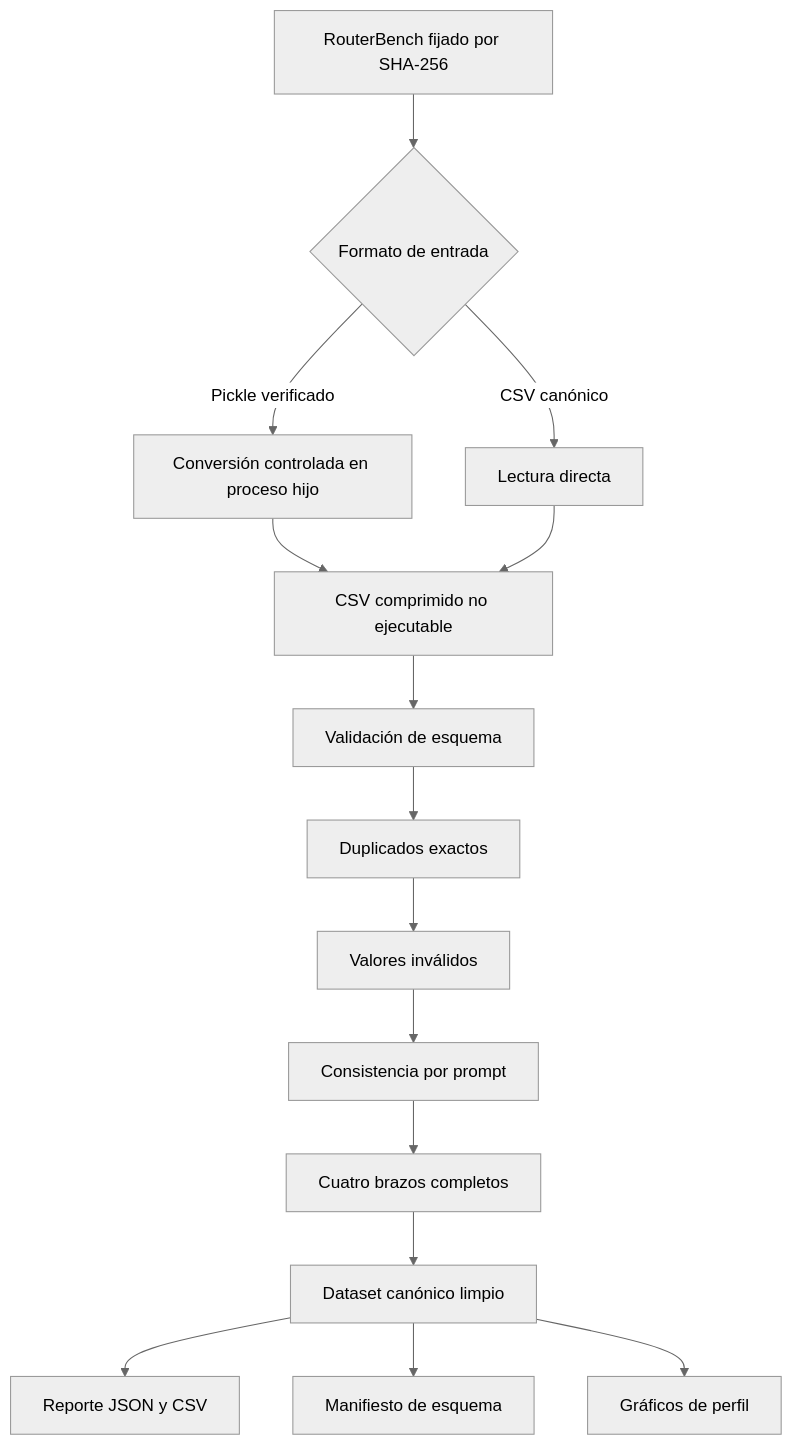
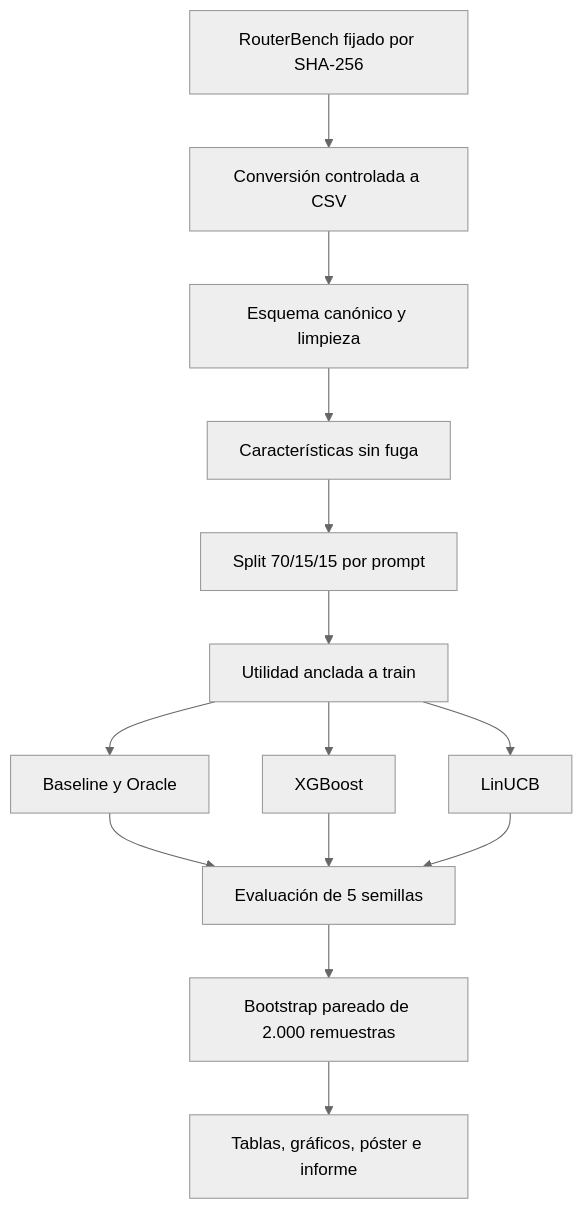
Before and after one commit to FitoFritzG/better-router-adaptive-research: the second of 2 diagrams in README.md, drawn with Mermaid (neutral theme). The commit also changed other lines of this file and 50 other files, not shown here.

````diff
--- a/README.md
+++ b/README.md
@@ -58,17 +48,16 @@
 ```mermaid
 flowchart TD
-    A[RouterBench fijado por SHA-256] --> B{Formato de entrada}
-    B -->|Pickle verificado| C[Conversión controlada en proceso hijo]
-    B -->|CSV canónico| D[Lectura directa]
-    C --> E[CSV comprimido no ejecutable]
-    D --> E
-    E --> F[Validación de esquema]
-    F --> G[Duplicados exactos]
-    G --> H[Valores inválidos]
-    H --> I[Consistencia por prompt]
-    I --> J[Cuatro brazos completos]
-    J --> K[Dataset canónico limpio]
-    K --> L[Reporte JSON y CSV]
-    K --> M[Manifiesto de esquema]
-    K --> N[Gráficos de perfil]
+    A[RouterBench fijado por SHA-256] --> B[Conversión controlada a CSV]
+    B --> C[Esquema canónico y limpieza]
+    C --> D[Características sin fuga]
+    D --> E[Split 70/15/15 por prompt]
+    E --> F[Utilidad anclada a train]
+    F --> G[Baseline y Oracle]
+    F --> H[XGBoost]
+    F --> I[LinUCB]
+    G --> J[Evaluación de 5 semillas]
+    H --> J
+    I --> J
+    J --> K[Bootstrap pareado de 2.000 remuestras]
+    K --> L[Tablas, gráficos, póster e informe]
 ```
````
